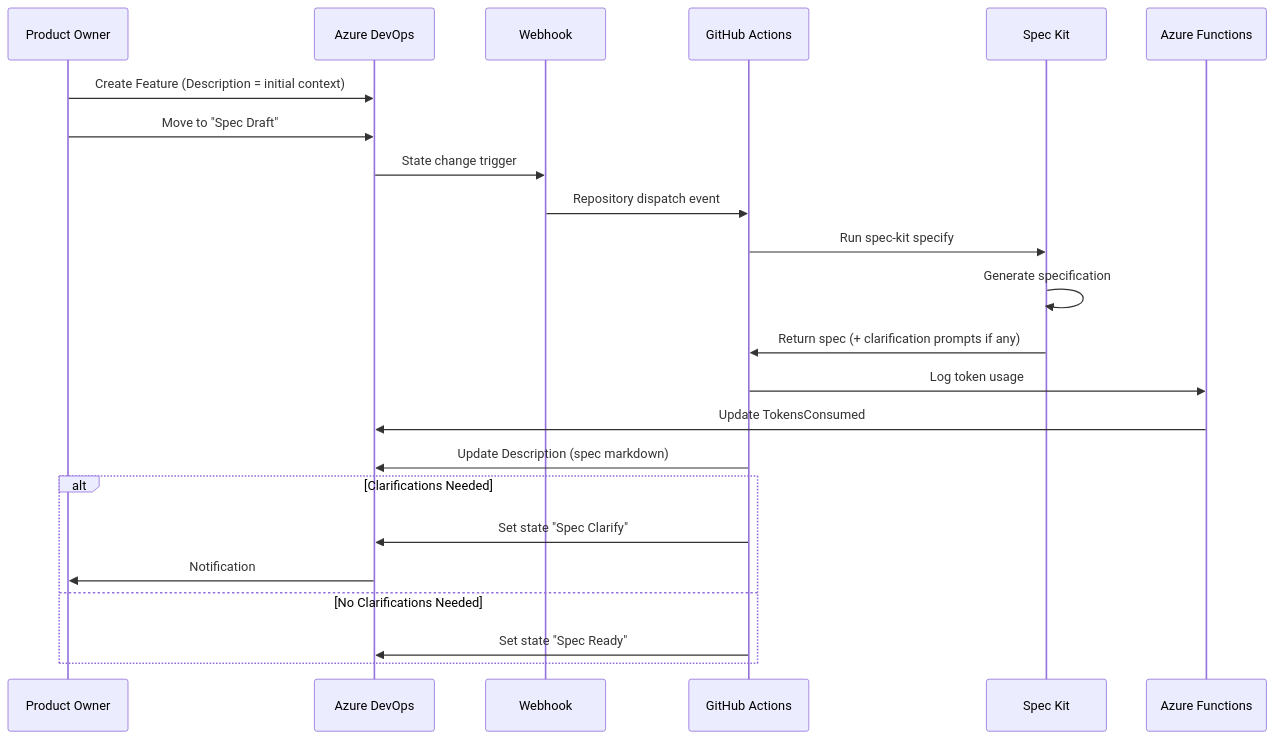
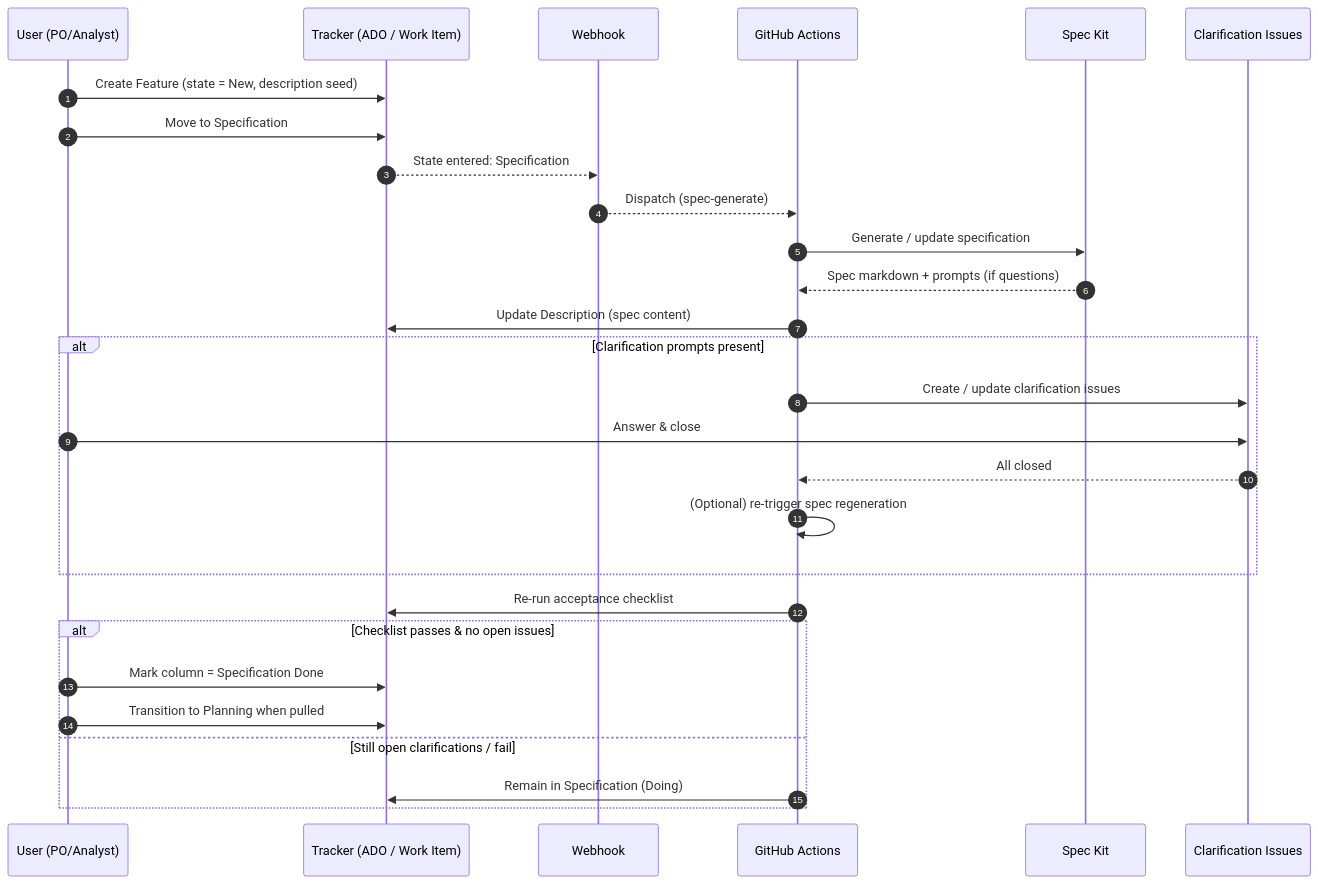
Before and after one commit to agzyamov/ai-native-sdlc: the diagram in docs/diagrams/02-data-flow.md, drawn with Mermaid. The commit also changed other lines of this file and 7 other files, not shown here.

First line of the commit message:
docs: standardize Mermaid diagrams, add mermaid-cli validation, and trim README

````diff
--- a/docs/diagrams/02-data-flow.md
+++ b/docs/diagrams/02-data-flow.md
@@ -3,26 +3,31 @@
-::: mermaid
+```mermaid
 sequenceDiagram
-    participant PO as Product Owner
-    participant ADO as Azure DevOps
-    participant WH as Webhook
-    participant GHA as GitHub Actions
-    participant SK as Spec Kit
-    participant AF as Azure Functions
-    
-    PO->>ADO: Create Feature (Description = initial context)
-    PO->>ADO: Move to "Spec Draft"
-    ADO->>WH: State change trigger
-    WH->>GHA: Repository dispatch event
-    GHA->>SK: Run spec-kit specify
-    SK->>SK: Generate specification
-    SK->>GHA: Return spec (+ clarification prompts if any)
-    GHA->>AF: Log token usage
-    AF->>ADO: Update TokensConsumed
-    GHA->>ADO: Update Description (spec markdown)
-    alt Clarifications Needed
-        GHA->>ADO: Set state "Spec Clarify"
-        ADO->>PO: Notification
-    else No Clarifications Needed
-        GHA->>ADO: Set state "Spec Ready"
+    autonumber
+    participant User as User (PO/Analyst)
+    participant Tracker as Tracker (ADO / Work Item)
+    participant Hook as Webhook
+    participant Actions as GitHub Actions
+    participant SpecKit as Spec Kit
+    participant Issues as Clarification Issues
+
+    User->>Tracker: Create Feature (state = New, description seed)
+    User->>Tracker: Move to Specification
+    Tracker-->>Hook: State entered: Specification
+    Hook-->>Actions: Dispatch (spec-generate)
+    Actions->>SpecKit: Generate / update specification
+    SpecKit-->>Actions: Spec markdown + prompts (if questions)
+    Actions->>Tracker: Update Description (spec content)
+    alt Clarification prompts present
+        Actions->>Issues: Create / update clarification issues
+        User->>Issues: Answer & close
+        Issues-->>Actions: All closed
+        Actions->>Actions: (Optional) re-trigger spec regeneration
     end
-:::
+    Actions->>Tracker: Re-run acceptance checklist
+    alt Checklist passes & no open issues
+        User->>Tracker: Mark column = Specification Done
+        User->>Tracker: Transition to Planning when pulled
+    else Still open clarifications / fail
+        Actions->>Tracker: Remain in Specification (Doing)
+    end
+```
````
